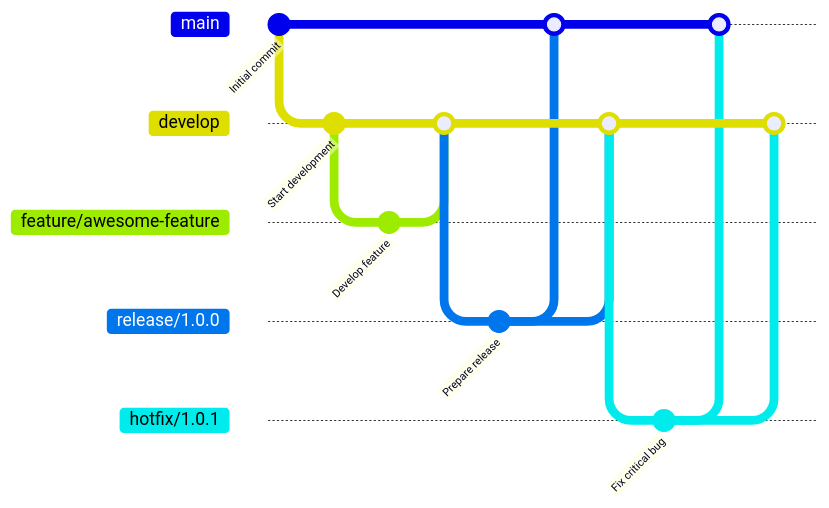
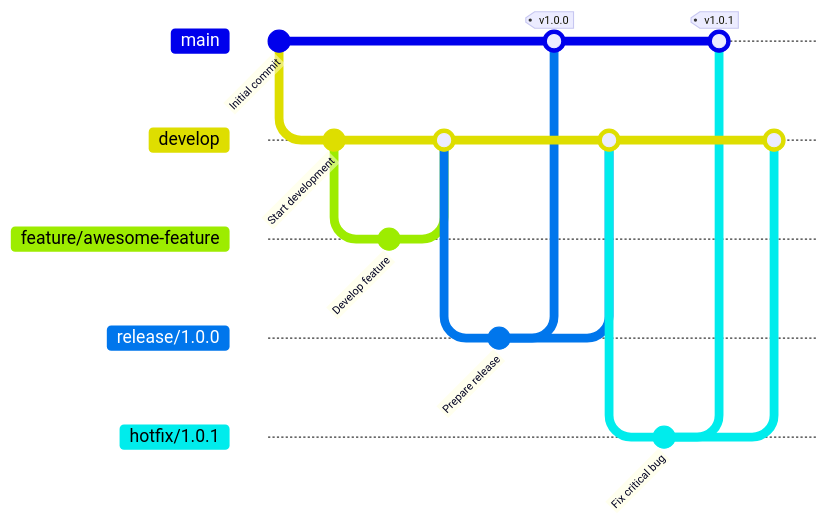
One commit to TShibano/study-linux changed the third of 6 diagrams in git/branch_strategy.md. Above: the diagram before and after it, drawn with Mermaid. The commit also changed other lines of this file, not shown here.

````diff
--- a/git/branch_strategy.md
+++ b/git/branch_strategy.md
@@ -84,26 +94,26 @@
 ```mermaid
 gitGraph
    commit id: "Initial commit"
    branch develop
    checkout develop
    commit id: "Start development"
    branch feature/awesome-feature
    checkout feature/awesome-feature
    commit id: "Develop feature"
    checkout develop
    merge feature/awesome-feature
    branch release/1.0.0
    checkout release/1.0.0
    commit id: "Prepare release"
    checkout main
-   merge release/1.0.0
+   merge release/1.0.0 tag: "v1.0.0"
    checkout develop
    merge release/1.0.0
    branch hotfix/1.0.1
    checkout hotfix/1.0.1
    commit id: "Fix critical bug"
    checkout main
-   merge hotfix/1.0.1
+   merge hotfix/1.0.1 tag: "v1.0.1"
    checkout develop
    merge hotfix/1.0.1
 ```
````
